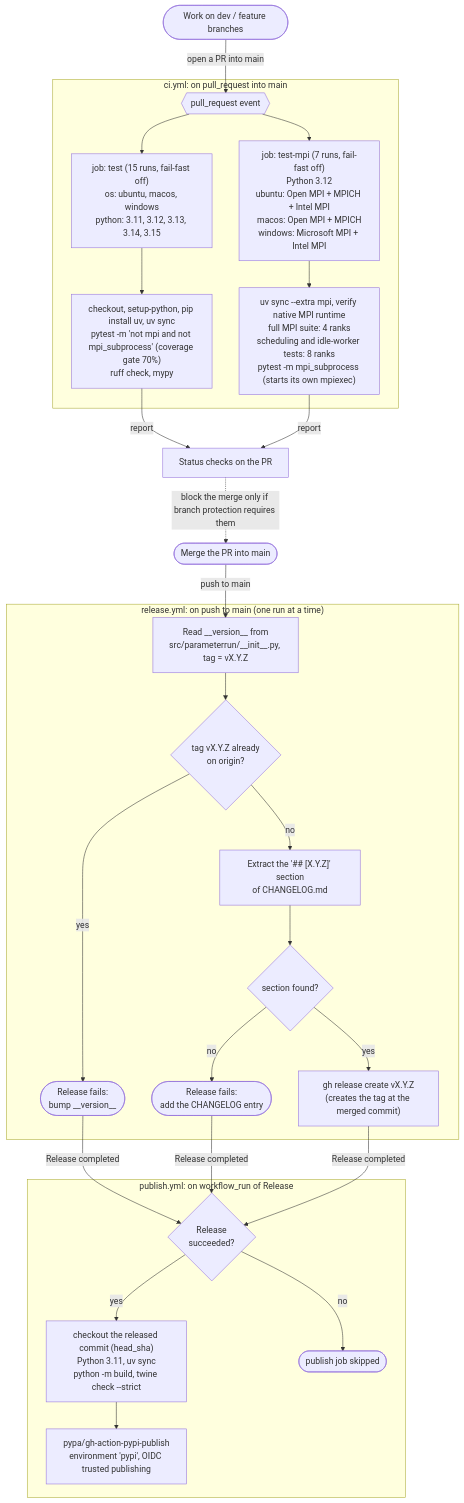
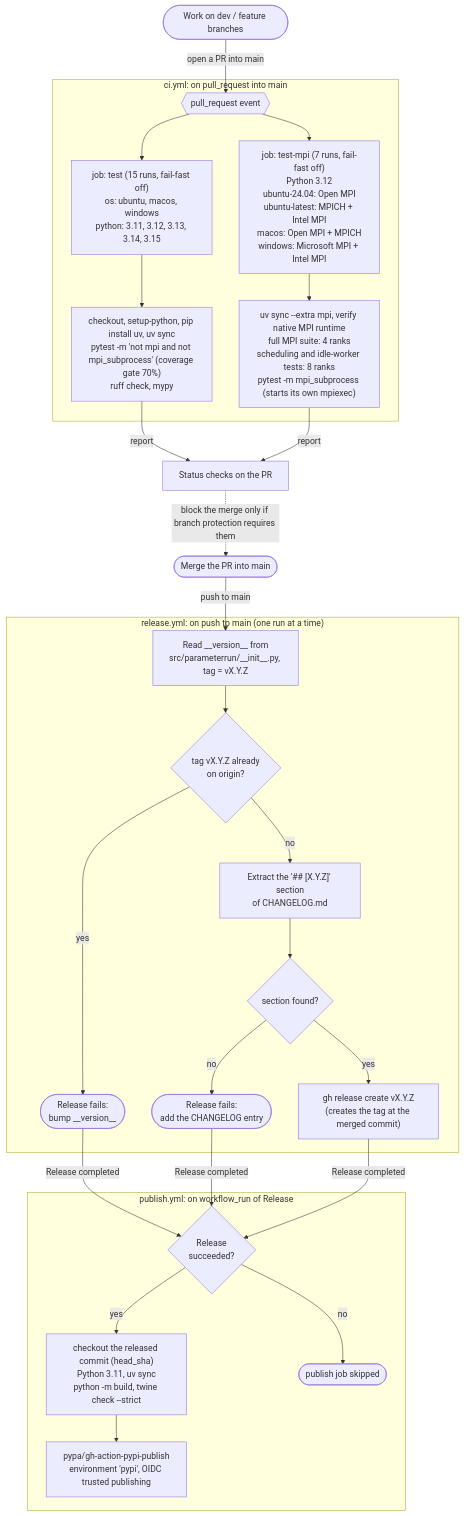
Before and after one commit to Davtax/ParameterRun: the diagram in docs/github-actions.md, drawn with Mermaid. The commit also changed other lines of this file and 1 other file, not shown here.

Commit message:
Use stable Ubuntu Open MPI runtime in CI

````diff
--- a/docs/github-actions.md
+++ b/docs/github-actions.md
@@ -20,48 +20,48 @@
 ```mermaid
 flowchart TD
     work(["Work on dev / feature branches"]) -->|"open a PR into main"| pr
 
     subgraph CI["ci.yml: on pull_request into main"]
         pr{{"pull_request event"}}
         matrix["job: test (15 runs, fail-fast off)<br/>os: ubuntu, macos, windows<br/>python: 3.11, 3.12, 3.13, 3.14, 3.15"]
         msteps["checkout, setup-python, pip install uv, uv sync<br/>pytest -m 'not mpi and not mpi_subprocess' (coverage gate 70%)<br/>ruff check, mypy"]
-        mpi["job: test-mpi (7 runs, fail-fast off)<br/>Python 3.12<br/>ubuntu: Open MPI + MPICH + Intel MPI<br/>macos: Open MPI + MPICH<br/>windows: Microsoft MPI + Intel MPI"]
+        mpi["job: test-mpi (7 runs, fail-fast off)<br/>Python 3.12<br/>ubuntu-24.04: Open MPI<br/>ubuntu-latest: MPICH + Intel MPI<br/>macos: Open MPI + MPICH<br/>windows: Microsoft MPI + Intel MPI"]
         mpisteps["uv sync --extra mpi, verify native MPI runtime<br/>full MPI suite: 4 ranks<br/>scheduling and idle-worker tests: 8 ranks<br/>pytest -m mpi_subprocess (starts its own mpiexec)"]
         pr --> matrix --> msteps
         pr --> mpi --> mpisteps
     end
 
     msteps & mpisteps -->|"report"| checks
     checks["Status checks on the PR"]
     merge(["Merge the PR into main"])
     checks -.->|"block the merge only if branch protection requires them"| merge
 
     merge -->|"push to main"| ver
 
     subgraph REL["release.yml: on push to main (one run at a time)"]
         ver["Read __version__ from<br/>src/parameterrun/__init__.py, tag = vX.Y.Z"]
         tagq{"tag vX.Y.Z already<br/>on origin?"}
         notes["Extract the '## [X.Y.Z]' section<br/>of CHANGELOG.md"]
         nq{"section found?"}
         gh["gh release create vX.Y.Z<br/>(creates the tag at the merged commit)"]
         fail1(["Release fails:<br/>bump __version__"])
         fail2(["Release fails:<br/>add the CHANGELOG entry"])
         ver --> tagq
         tagq -->|"yes"| fail1
         tagq -->|"no"| notes --> nq
         nq -->|"no"| fail2
         nq -->|"yes"| gh
     end
 
     gh -->|"Release completed"| okq
     fail1 & fail2 -->|"Release completed"| okq
 
     subgraph PUB["publish.yml: on workflow_run of Release"]
         okq{"Release<br/>succeeded?"}
         build["checkout the released commit (head_sha)<br/>Python 3.11, uv sync<br/>python -m build, twine check --strict"]
         pypi["pypa/gh-action-pypi-publish<br/>environment 'pypi', OIDC trusted publishing"]
         skip(["publish job skipped"])
         okq -->|"yes"| build --> pypi
         okq -->|"no"| skip
     end
 ```
````
